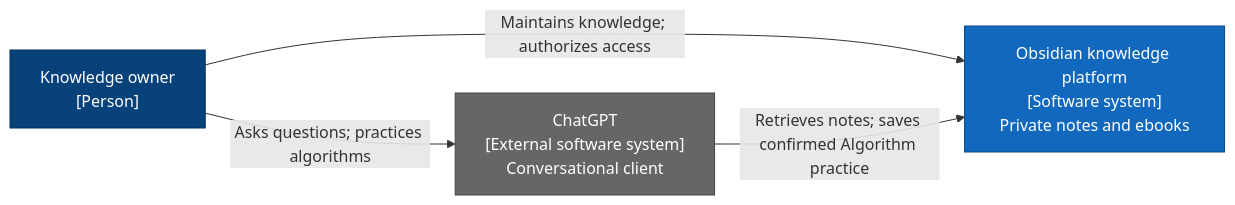
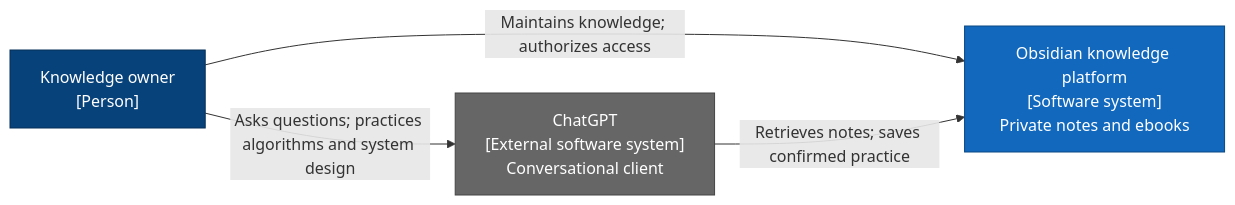
Before and after one commit to yepengfan/obsidian-workflow-infra: the first of 2 diagrams in README.md, drawn with Mermaid. The commit also changed other lines of this file and 12 other files, not shown here.

Commit message:
feat: add System Design practice through MCP

````diff
--- a/README.md
+++ b/README.md
@@ -17,17 +18,17 @@
 ```mermaid
 flowchart LR
     Owner["Knowledge owner<br/>[Person]"]
     ChatGPT["ChatGPT<br/>[External software system]<br/>Conversational client"]
     Platform["Obsidian knowledge platform<br/>[Software system]<br/>Private notes and ebooks"]
 
-    Owner -->|"Asks questions; practices algorithms"| ChatGPT
+    Owner -->|"Asks questions; practices algorithms and system design"| ChatGPT
     Owner -->|"Maintains knowledge; authorizes access"| Platform
-    ChatGPT -->|"Retrieves notes; saves confirmed Algorithm practice"| Platform
+    ChatGPT -->|"Retrieves notes; saves confirmed practice"| Platform
 
     classDef person fill:#08427b,color:#fff,stroke:#052e56
     classDef external fill:#666,color:#fff,stroke:#444
     classDef system fill:#1168bd,color:#fff,stroke:#0b4884
     class Owner person
     class ChatGPT external
     class Platform system
 ```
````
